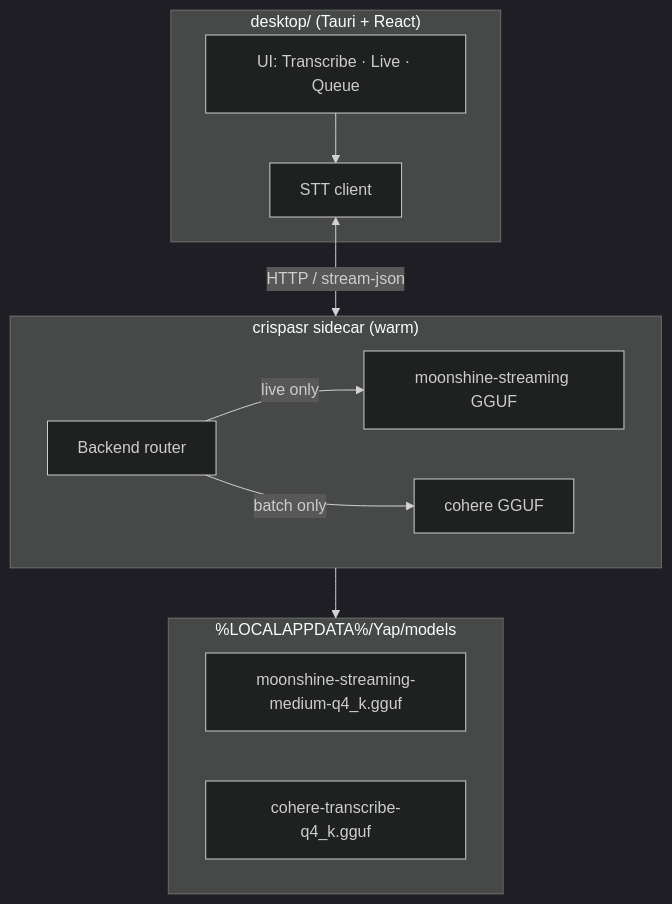
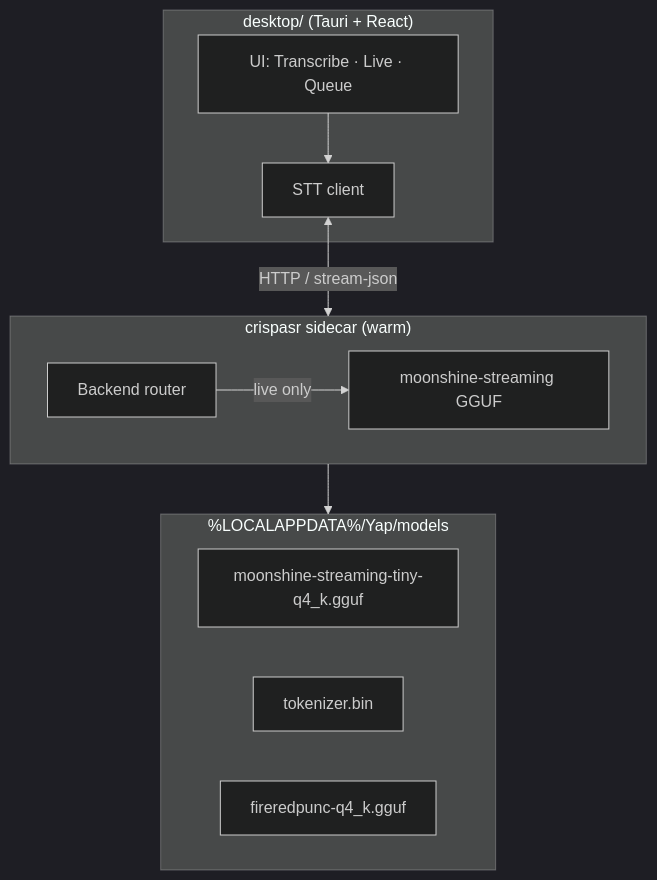
The diagram in docs/adr/0002-crispasr-unified-stt-runtime.md (mcnatg1/yap), drawn with Mermaid (dark theme) before and after one commit. The commit also changed other lines of this file and 16 other files, not shown here.

````diff
--- a/docs/adr/0002-crispasr-unified-stt-runtime.md
+++ b/docs/adr/0002-crispasr-unified-stt-runtime.md
@@ -180,24 +180,23 @@
 ```mermaid
 flowchart TB
     subgraph Desktop["desktop/ (Tauri + React)"]
         UI[UI: Transcribe · Live · Queue]
         Client[STT client]
     end
 
     subgraph Sidecar["crispasr sidecar (warm)"]
         Router[Backend router]
         MS[moonshine-streaming GGUF]
-        COH[cohere GGUF]
         Router -->|live only| MS
-        Router -->|batch only| COH
     end
 
     subgraph Cache["%LOCALAPPDATA%/Yap/models"]
-        G1[moonshine-streaming-medium-q4_k.gguf]
-        G2[cohere-transcribe-q4_k.gguf]
+        G1[moonshine-streaming-tiny-q4_k.gguf]
+        G2[tokenizer.bin]
+        G3[fireredpunc-q4_k.gguf]
     end
 
     UI --> Client
     Client <-->|HTTP / stream-json| Sidecar
     Sidecar --> Cache
 ```
````
